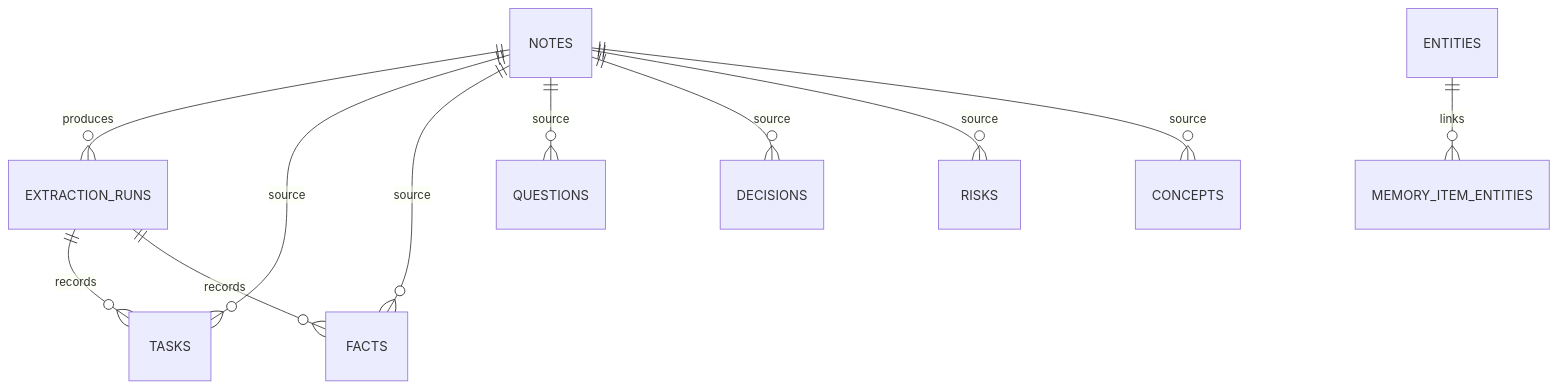
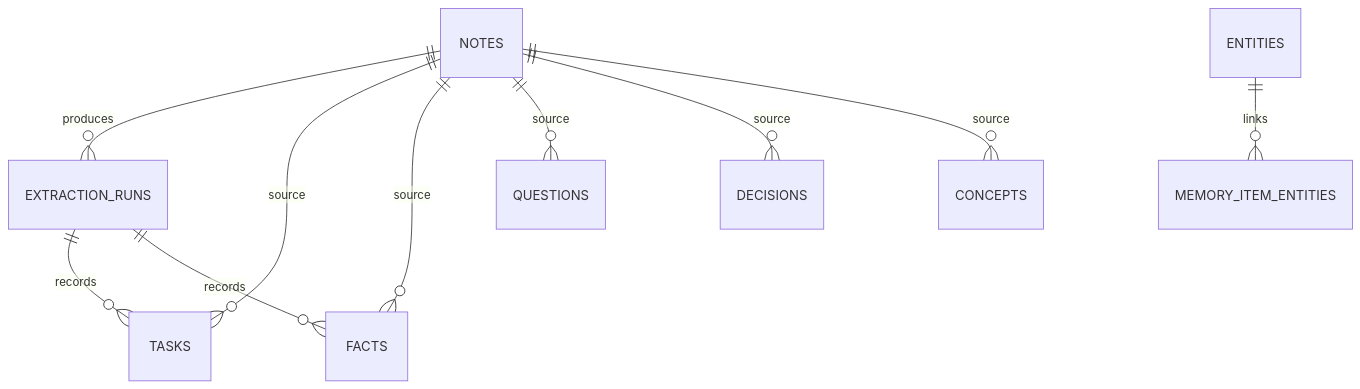
One commit to anandv-codes/NorthStar changed the fourth of 5 diagrams in docs/Project_Architecture_Blueprint.md. Above: the diagram before and after it, drawn with Mermaid. The commit also changed other lines of this file and 39 other files, not shown here.

````diff
--- a/docs/Project_Architecture_Blueprint.md
+++ b/docs/Project_Architecture_Blueprint.md
@@ -190,13 +190,12 @@
 ```mermaid
 erDiagram
     NOTES ||--o{ EXTRACTION_RUNS : produces
     NOTES ||--o{ TASKS : source
     NOTES ||--o{ FACTS : source
     NOTES ||--o{ QUESTIONS : source
     NOTES ||--o{ DECISIONS : source
-    NOTES ||--o{ RISKS : source
     NOTES ||--o{ CONCEPTS : source
     EXTRACTION_RUNS ||--o{ TASKS : records
     EXTRACTION_RUNS ||--o{ FACTS : records
     ENTITIES ||--o{ MEMORY_ITEM_ENTITIES : links
 ```
````
